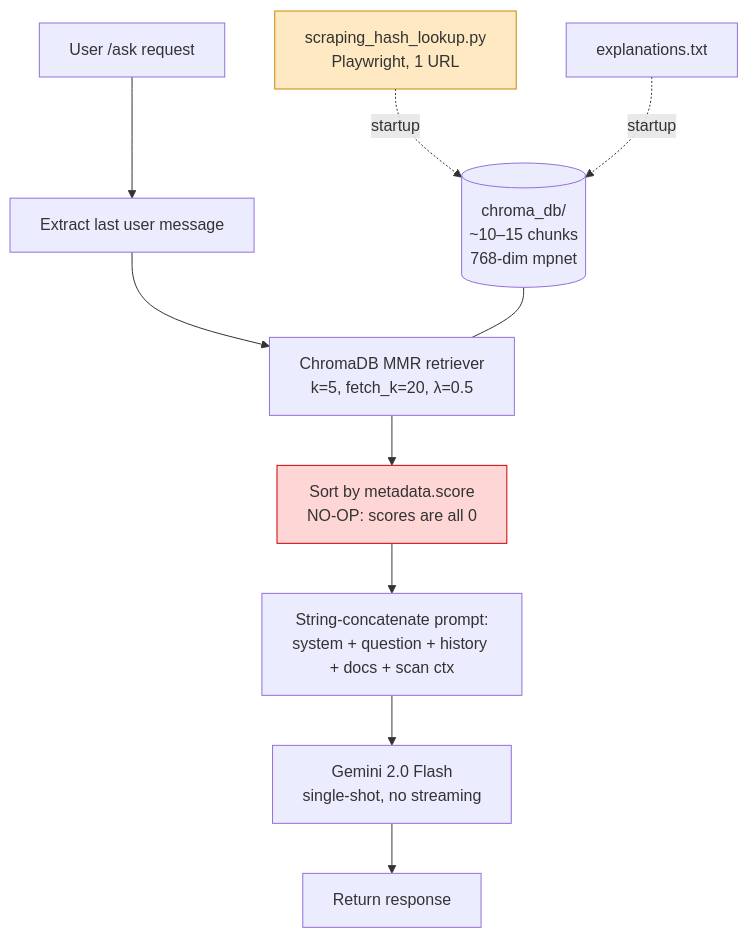
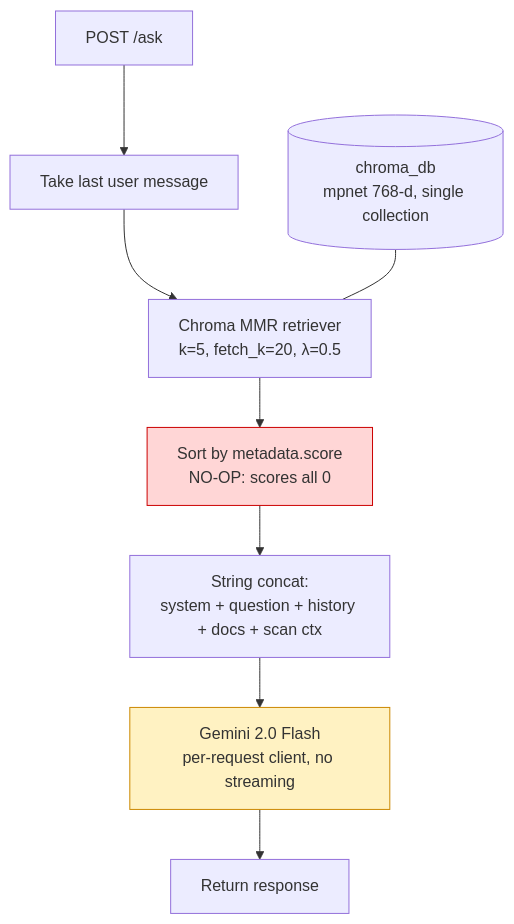
The first of 6 diagrams in ChatBot-API/RAG_MODERNIZATION_REPORT.md (AlexTGoCreative/ChatBot), drawn with Mermaid before and after one commit. The commit also changed other lines of this file and 5 other files, not shown here.

````diff
--- a/ChatBot-API/RAG_MODERNIZATION_REPORT.md
+++ b/ChatBot-API/RAG_MODERNIZATION_REPORT.md
@@ -56,16 +47,12 @@
 ```mermaid
 flowchart TD
-    A[User /ask request] --> B[Extract last user message]
-    B --> C[ChromaDB MMR retriever<br/>k=5, fetch_k=20, λ=0.5]
-    C --> D[Sort by metadata.score<br/>NO-OP: scores are all 0]
-    D --> E[String-concatenate prompt:<br/>system + question + history + docs + scan ctx]
-    E --> F[Gemini 2.0 Flash<br/>single-shot, no streaming]
+    A[POST /ask] --> B[Take last user message]
+    B --> C[Chroma MMR retriever<br/>k=5, fetch_k=20, λ=0.5]
+    C --> D[Sort by metadata.score<br/>NO-OP: scores all 0]
+    D --> E[String concat:<br/>system + question + history + docs + scan ctx]
+    E --> F[Gemini 2.0 Flash<br/>per-request client, no streaming]
     F --> G[Return response]
-
-    H[(chroma_db/<br/>~10–15 chunks<br/>768-dim mpnet)] --- C
-    I[scraping_hash_lookup.py<br/>Playwright, 1 URL] -.startup.-> H
-    J[explanations.txt] -.startup.-> H
-
+    H[(chroma_db<br/>mpnet 768-d, single collection)] --- C
     style D fill:#ffd6d6,stroke:#c00
-    style I fill:#ffe9c2,stroke:#c80
+    style F fill:#fff2c2,stroke:#c80
 ```
````
